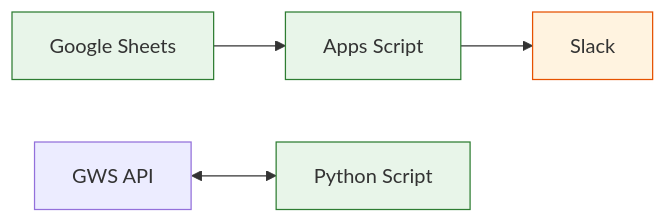
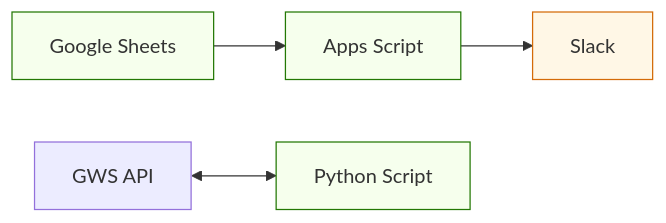
One commit to conti0513/development_public changed the second of 3 diagrams in README.md. Above: the diagram before and after it, drawn with Mermaid. The commit also changed other lines of this file, not shown here.

````diff
--- a/README.md
+++ b/README.md
@@ -32,11 +31,11 @@
 ```mermaid
 graph LR
     SS[Google Sheets] --> GAS[Apps Script] --> SL[Slack]
     GWS[GWS API] <--> Py[Python Script]
     
-    style SS fill:#e8f5e9,stroke:#2e7d32
-    style GAS fill:#e8f5e9,stroke:#2e7d32
-    style Py fill:#e8f5e9,stroke:#2e7d32
-    style SL fill:#fff3e0,stroke:#e65100
+    style SS fill:#f6ffed,stroke:#237804,stroke-width:1px
+    style GAS fill:#f6ffed,stroke:#237804,stroke-width:1px
+    style Py fill:#f6ffed,stroke:#237804,stroke-width:1px
+    style SL fill:#fff7e6,stroke:#d46b08,stroke-width:1px
 
 ```
````
